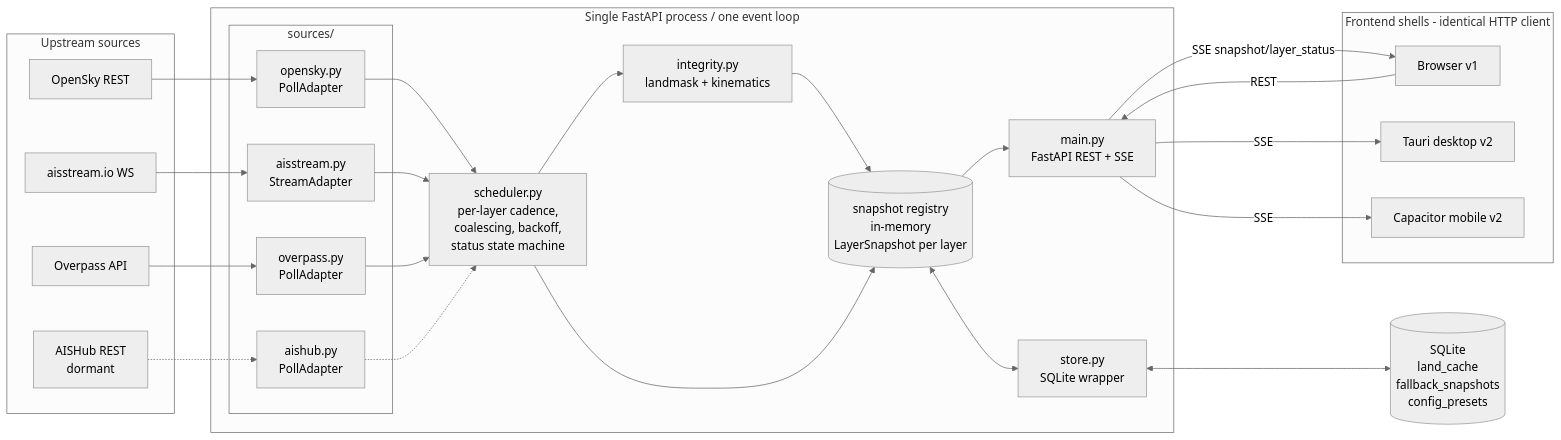
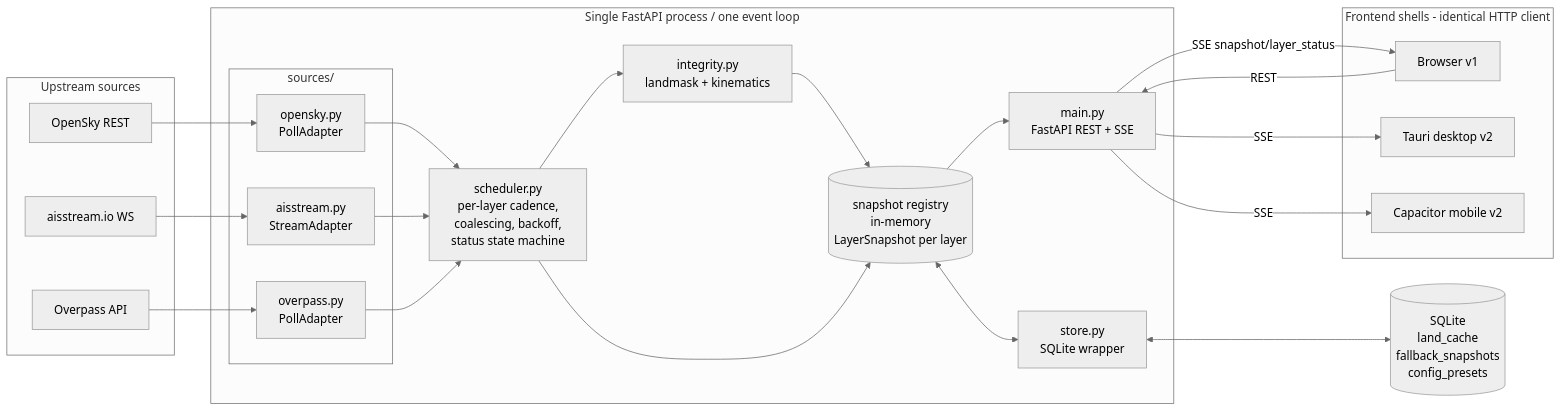
The first of 2 diagrams in design/docs/ARCHITECTURE.md (Muhanad-husn/Zij), drawn with Mermaid (neutral theme) before and after one commit. The commit also changed other lines of this file and 22 other files, not shown here.

First line of the commit message:
chore: remove cancelled AISHub marine adapter and all dependencies (#93)

````diff
--- a/design/docs/ARCHITECTURE.md
+++ b/design/docs/ARCHITECTURE.md
@@ -13,44 +13,41 @@
 ```mermaid
 flowchart LR
   subgraph ext[Upstream sources]
     OS[OpenSky REST]
     AIS[aisstream.io WS]
     OV[Overpass API]
-    AH[AISHub REST\ndormant]
   end
 
   subgraph proc[Single FastAPI process / one event loop]
     SCHED[scheduler.py\nper-layer cadence,\ncoalescing, backoff,\nstatus state machine]
     subgraph adapters[sources/]
       OSA[opensky.py\nPollAdapter]
       AISA[aisstream.py\nStreamAdapter]
       OVA[overpass.py\nPollAdapter]
-      AHA[aishub.py\nPollAdapter]
     end
     REG[(snapshot registry\nin-memory\nLayerSnapshot per layer)]
     INT[integrity.py\nlandmask + kinematics]
     API[main.py\nFastAPI REST + SSE]
     STORE[store.py\nSQLite wrapper]
   end
 
   DB[(SQLite\nland_cache\nfallback_snapshots\nconfig_presets)]
 
   subgraph shells[Frontend shells - identical HTTP client]
     BROWSER[Browser v1]
     TAURI[Tauri desktop v2]
     CAP[Capacitor mobile v2]
   end
 
   OS --> OSA --> SCHED
   AIS --> AISA --> SCHED
   OV --> OVA --> SCHED
-  AH -.-> AHA -.-> SCHED
   SCHED --> INT --> REG
   SCHED --> REG
   REG <--> STORE <--> DB
   REG --> API
   API -- SSE snapshot/layer_status --> BROWSER
   API -- SSE --> TAURI
   API -- SSE --> CAP
   BROWSER -- REST --> API
 ```
````
